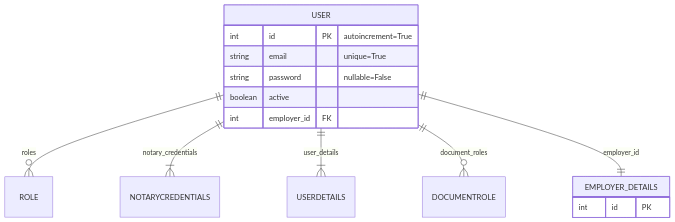
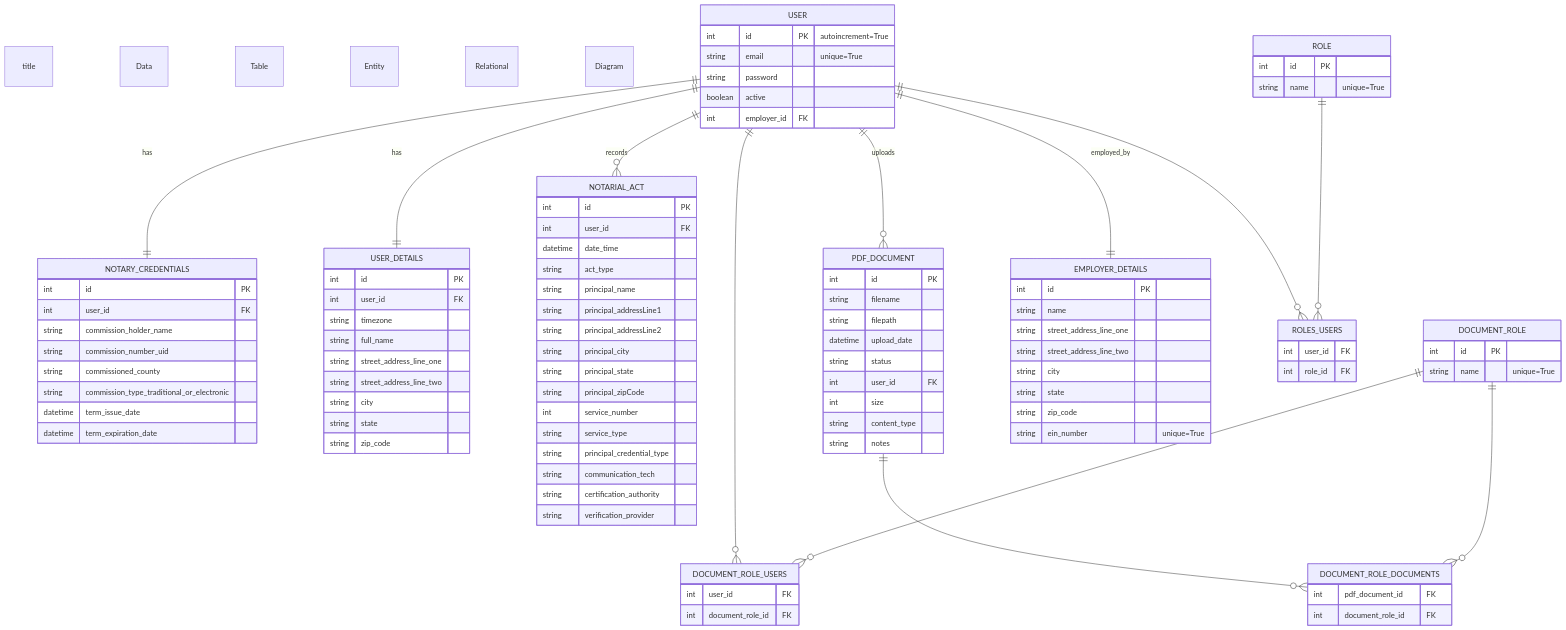
The second of 2 diagrams in README.MD (ahauser16/flask-security-sandbox), drawn with Mermaid before and after one commit. The commit also changed other lines of this file and 35 other files, not shown here.

Commit message:
add employer related code

````diff
--- a/README.MD
+++ b/README.MD
@@ -69,27 +148,103 @@
 ```mermaid
 erDiagram
+    title Data Table Entity Relational Diagram
     USER {
         int id PK "autoincrement=True"
         string email "unique=True"
-        string password "nullable=False"
+        string password
         boolean active
         int employer_id FK
     }
     ROLE {
+        int id PK
+        string name "unique=True"
     }
-    NOTARYCREDENTIALS {
+    NOTARY_CREDENTIALS {
+        int id PK
+        int user_id FK
+        string commission_holder_name
+        string commission_number_uid
+        string commissioned_county
+        string commission_type_traditional_or_electronic
+        datetime term_issue_date
+        datetime term_expiration_date
     }
-    USERDETAILS {
+    USER_DETAILS {
+        int id PK
+        int user_id FK
+        string timezone
+        string full_name
+        string street_address_line_one
+        string street_address_line_two
+        string city
+        string state
+        string zip_code
+    }
+    NOTARIAL_ACT {
+        int id PK
+        int user_id FK
+        datetime date_time
+        string act_type
+        string principal_name
+        string principal_addressLine1
+        string principal_addressLine2
+        string principal_city
+        string principal_state
+        string principal_zipCode
+        int service_number
+        string service_type
+        string principal_credential_type
+        string communication_tech
+        string certification_authority
+        string verification_provider
+    }
+    PDF_DOCUMENT {
+        int id PK
+        string filename
+        string filepath
+        datetime upload_date
+        string status
+        int user_id FK
+        int size
+        string content_type
+        string notes
+    }
+    DOCUMENT_ROLE {
+        int id PK
+        string name "unique=True"
     }
     EMPLOYER_DETAILS {
         int id PK
+        string name
+        string street_address_line_one
+        string street_address_line_two
+        string city
+        string state
+        string zip_code
+        string ein_number "unique=True"
     }
-    DOCUMENTROLE {
+    ROLES_USERS {
+        int user_id FK
+        int role_id FK
+    }
+    DOCUMENT_ROLE_USERS {
+        int user_id FK
+        int document_role_id FK
+    }
+    DOCUMENT_ROLE_DOCUMENTS {
+        int pdf_document_id FK
+        int document_role_id FK
     }
 
-    USER ||--o{ ROLE : roles
-    USER ||--|{ NOTARYCREDENTIALS : notary_credentials
-    USER ||--|{ USERDETAILS : user_details
-    USER ||--o{ DOCUMENTROLE : document_roles
-    USER ||--|| EMPLOYER_DETAILS : employer_id
+    USER ||--o{ ROLES_USERS : ""
+    ROLE ||--o{ ROLES_USERS : ""
+    USER ||--o{ DOCUMENT_ROLE_USERS : ""
+    USER ||--|| NOTARY_CREDENTIALS : "has"
+    USER ||--|| USER_DETAILS : "has"
+    USER ||--o{ NOTARIAL_ACT : "records"
+    USER ||--o{ PDF_DOCUMENT : "uploads"
+    PDF_DOCUMENT ||--o{ DOCUMENT_ROLE_DOCUMENTS : ""
+    DOCUMENT_ROLE ||--o{ DOCUMENT_ROLE_DOCUMENTS : ""
+    DOCUMENT_ROLE ||--o{ DOCUMENT_ROLE_USERS : ""
+    USER ||--|| EMPLOYER_DETAILS : "employed_by"
 ```
````
